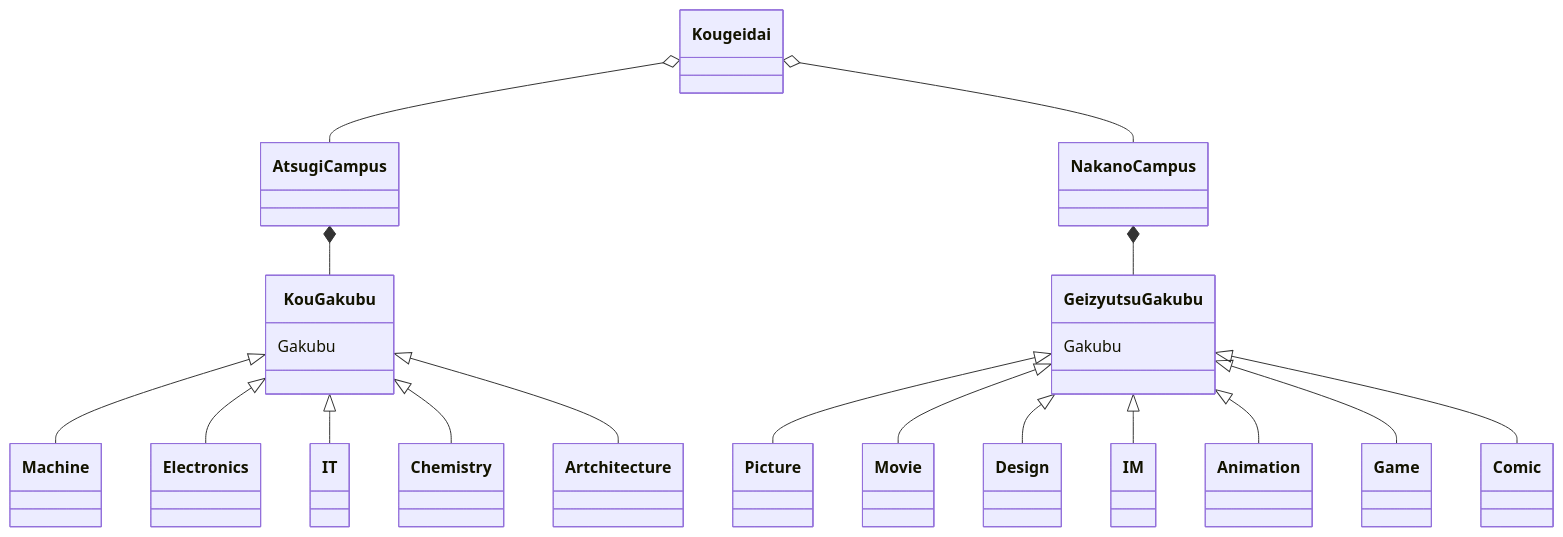
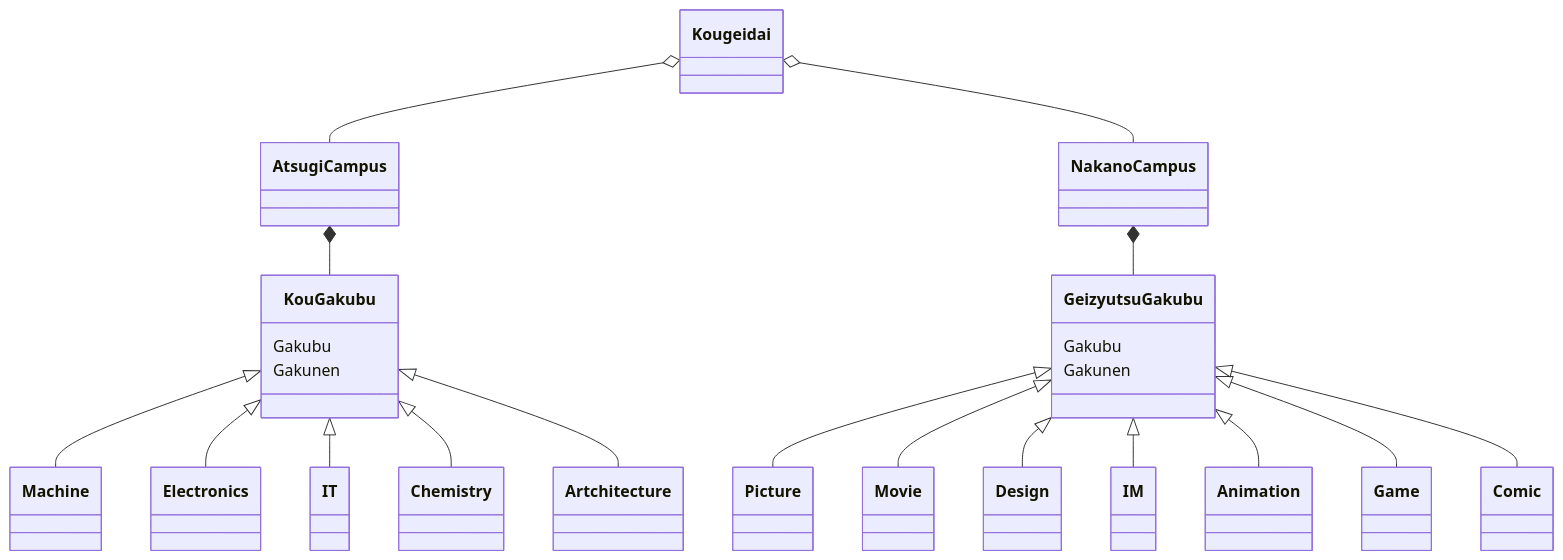
The third of 3 diagrams in README.md (tpu-game-2022/mermaid_test), drawn with Mermaid before and after one commit.

````diff
--- a/README.md
+++ b/README.md
@@ -85,21 +85,23 @@
 ```mermaid
 classDiagram
 Kougeidai o-- AtsugiCampus
 Kougeidai o-- NakanoCampus
 AtsugiCampus *-- KouGakubu
 KouGakubu:Gakubu
+KouGakubu:Gakunen
 KouGakubu<|--Machine
 KouGakubu<|--Electronics
 KouGakubu<|--IT
 KouGakubu<|--Chemistry
 KouGakubu<|--Artchitecture
 NakanoCampus *-- GeizyutsuGakubu
 GeizyutsuGakubu:Gakubu
+GeizyutsuGakubu:Gakunen
 GeizyutsuGakubu<|--Picture
 GeizyutsuGakubu<|--Movie
 GeizyutsuGakubu<|--Design
 GeizyutsuGakubu<|--IM
 GeizyutsuGakubu<|--Animation
 GeizyutsuGakubu<|--Game
 GeizyutsuGakubu<|--Comic
 ```
````
